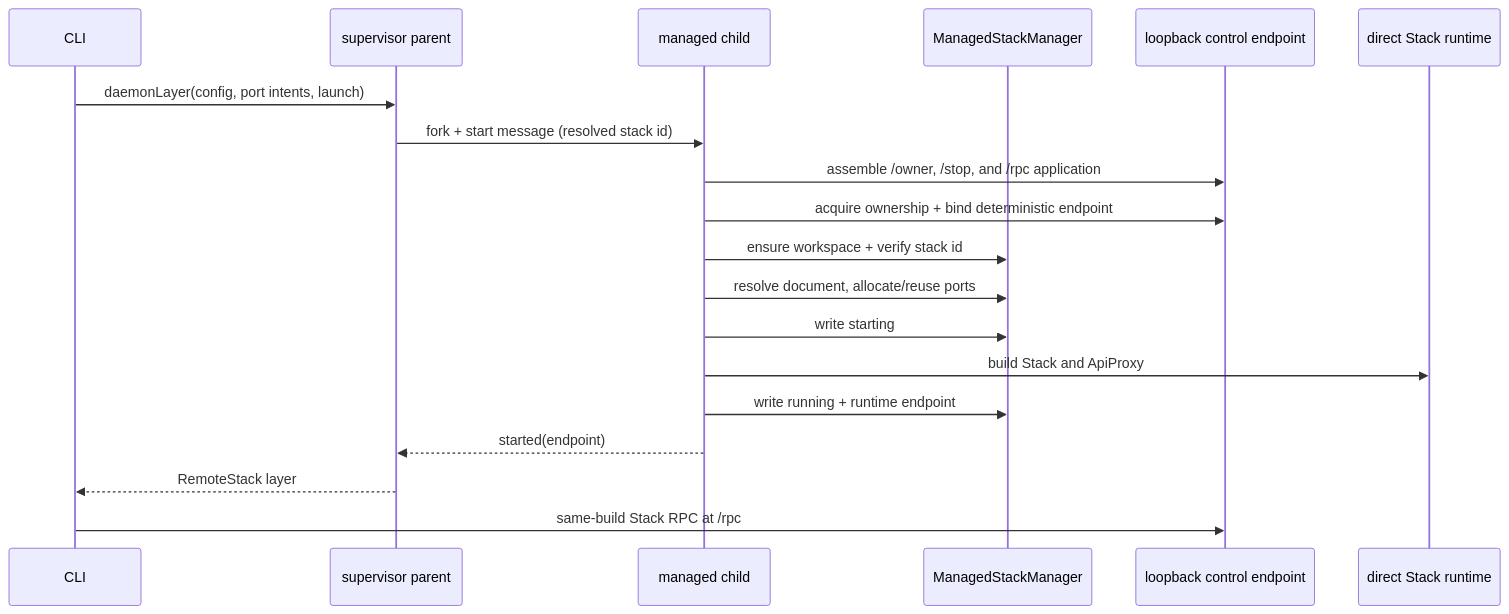
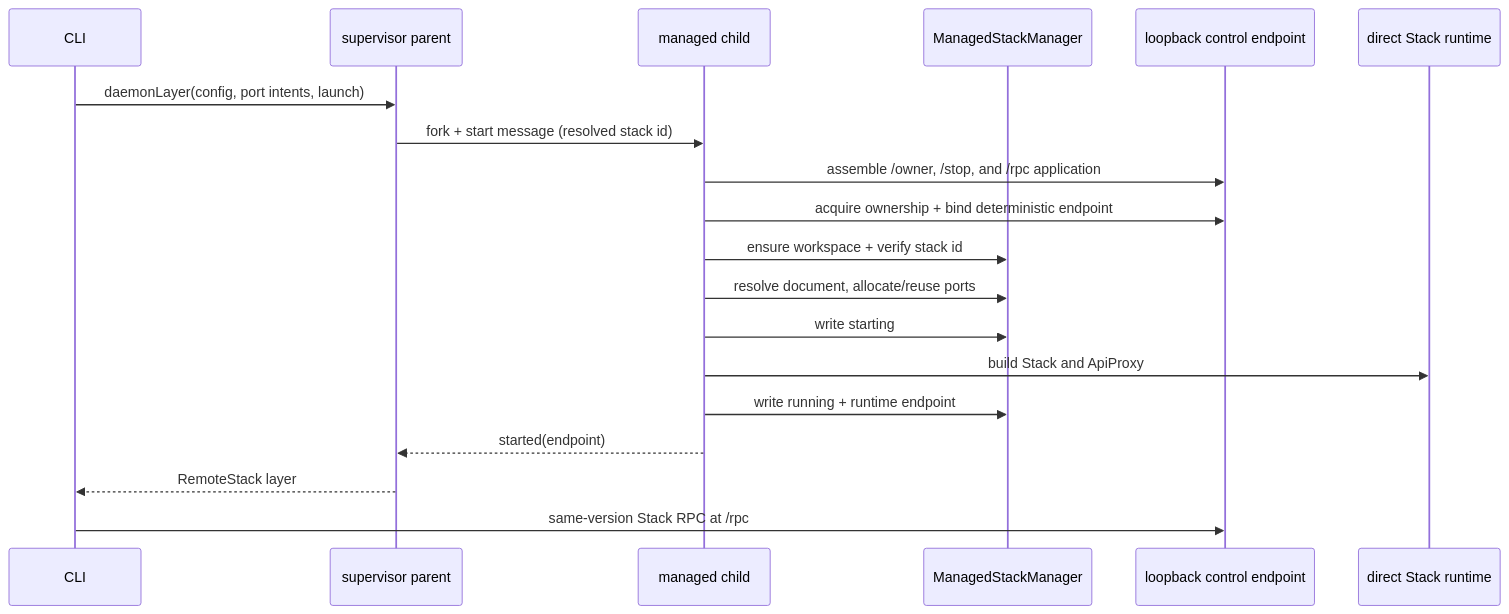
Before and after one commit to supabase/cli: the diagram in packages/stack/docs/architecture.md, drawn with Mermaid. The commit also changed other lines of this file and 54 other files, not shown here.

Commit message:
refactor(stack): use CLI version for compatibility

````diff
--- a/packages/stack/docs/architecture.md
+++ b/packages/stack/docs/architecture.md
@@ -29,22 +29,22 @@
 ```mermaid
 sequenceDiagram
     participant CLI
     participant Parent as supervisor parent
     participant Child as managed child
     participant Manager as ManagedStackManager
     participant Control as loopback control endpoint
     participant Runtime as direct Stack runtime
 
     CLI->>Parent: daemonLayer(config, port intents, launch)
     Parent->>Child: fork + start message (resolved stack id)
     Child->>Control: assemble /owner, /stop, and /rpc application
     Child->>Control: acquire ownership + bind deterministic endpoint
     Child->>Manager: ensure workspace + verify stack id
     Child->>Manager: resolve document, allocate/reuse ports
     Child->>Manager: write starting
     Child->>Runtime: build Stack and ApiProxy
     Child->>Manager: write running + runtime endpoint
     Child-->>Parent: started(endpoint)
     Parent-->>CLI: RemoteStack layer
-    CLI->>Control: same-build Stack RPC at /rpc
+    CLI->>Control: same-version Stack RPC at /rpc
 ```
````
